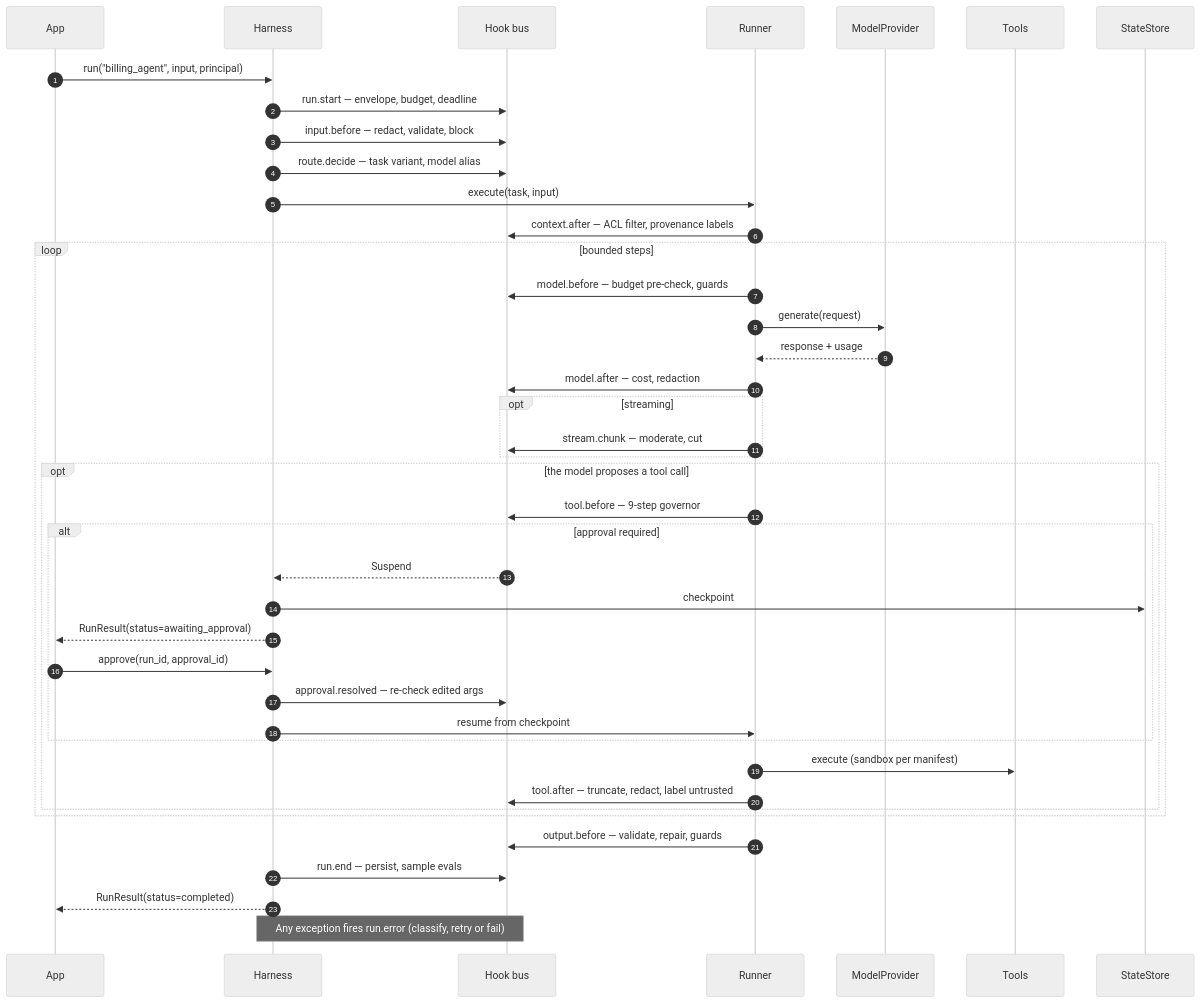
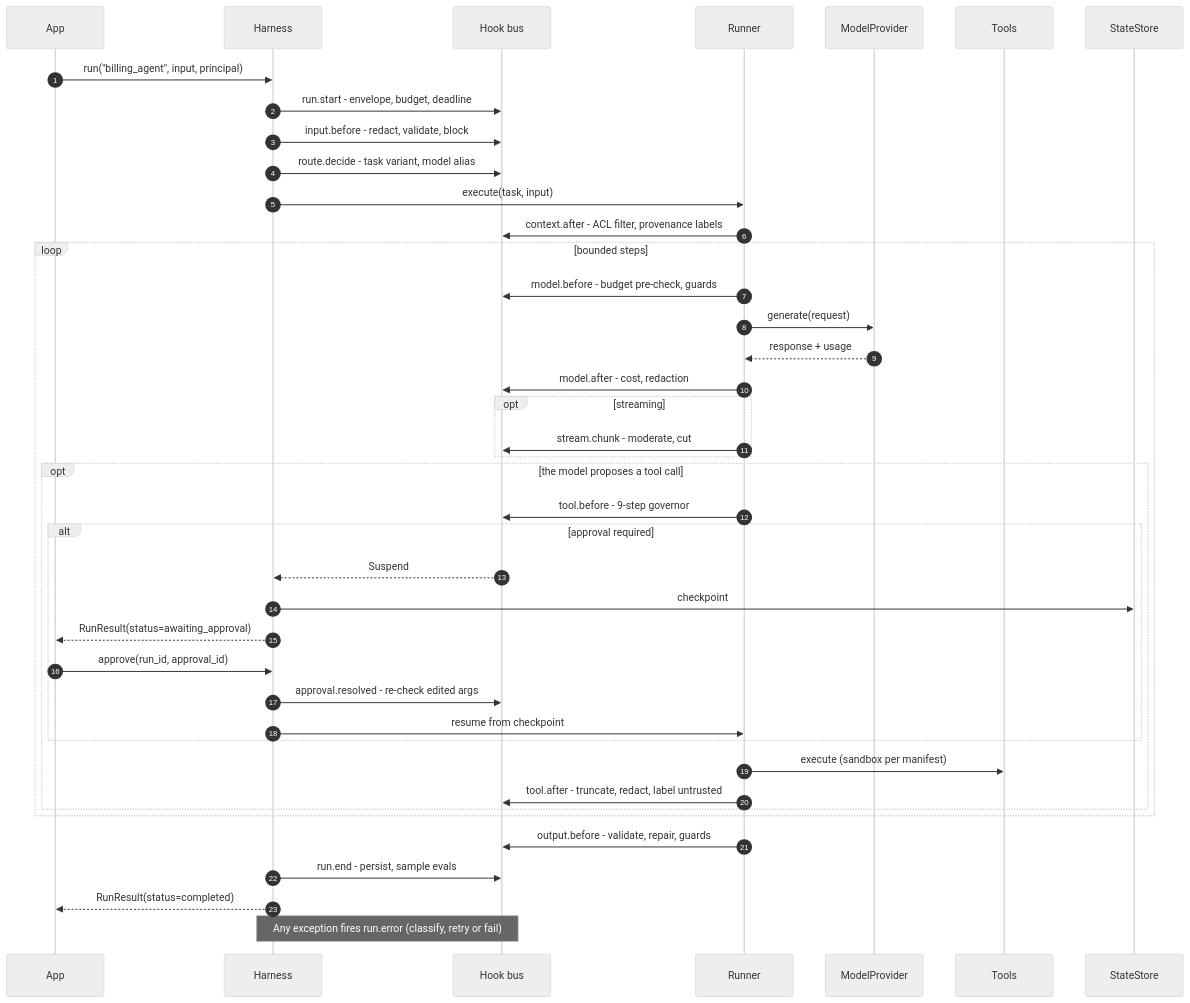
The third of 14 diagrams in DESIGNS.md (Nish459/HarnessWeaver), drawn with Mermaid (neutral theme) before and after one commit. The commit also changed other lines of this file and 75 other files, not shown here.

````diff
--- a/DESIGNS.md
+++ b/DESIGNS.md
@@ -201,44 +201,44 @@
 ```mermaid
 sequenceDiagram
     autonumber
     participant App
     participant H as Harness
     participant Bus as Hook bus
     participant R as Runner
     participant M as ModelProvider
     participant T as Tools
     participant S as StateStore
 
     App->>H: run("billing_agent", input, principal)
-    H->>Bus: run.start — envelope, budget, deadline
-    H->>Bus: input.before — redact, validate, block
-    H->>Bus: route.decide — task variant, model alias
+    H->>Bus: run.start - envelope, budget, deadline
+    H->>Bus: input.before - redact, validate, block
+    H->>Bus: route.decide - task variant, model alias
     H->>R: execute(task, input)
-    R->>Bus: context.after — ACL filter, provenance labels
+    R->>Bus: context.after - ACL filter, provenance labels
     loop bounded steps
-        R->>Bus: model.before — budget pre-check, guards
+        R->>Bus: model.before - budget pre-check, guards
         R->>M: generate(request)
         M-->>R: response + usage
-        R->>Bus: model.after — cost, redaction
+        R->>Bus: model.after - cost, redaction
         opt streaming
-            R->>Bus: stream.chunk — moderate, cut
+            R->>Bus: stream.chunk - moderate, cut
         end
         opt the model proposes a tool call
-            R->>Bus: tool.before — 9-step governor
+            R->>Bus: tool.before - 9-step governor
             alt approval required
                 Bus-->>H: Suspend
                 H->>S: checkpoint
                 H-->>App: RunResult(status=awaiting_approval)
                 App->>H: approve(run_id, approval_id)
-                H->>Bus: approval.resolved — re-check edited args
+                H->>Bus: approval.resolved - re-check edited args
                 H->>R: resume from checkpoint
             end
             R->>T: execute (sandbox per manifest)
-            R->>Bus: tool.after — truncate, redact, label untrusted
+            R->>Bus: tool.after - truncate, redact, label untrusted
         end
     end
-    R->>Bus: output.before — validate, repair, guards
-    H->>Bus: run.end — persist, sample evals
+    R->>Bus: output.before - validate, repair, guards
+    H->>Bus: run.end - persist, sample evals
     H-->>App: RunResult(status=completed)
     Note over H,Bus: Any exception fires run.error (classify, retry or fail)
 ```
````
